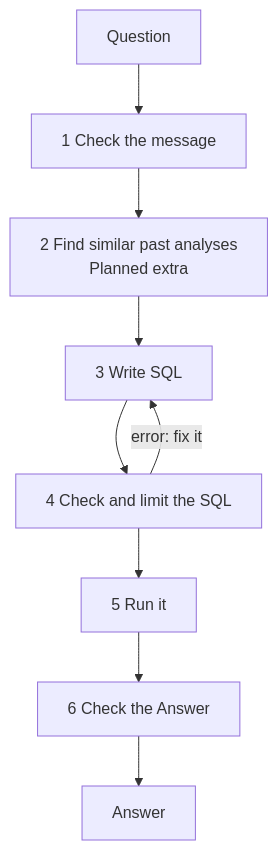
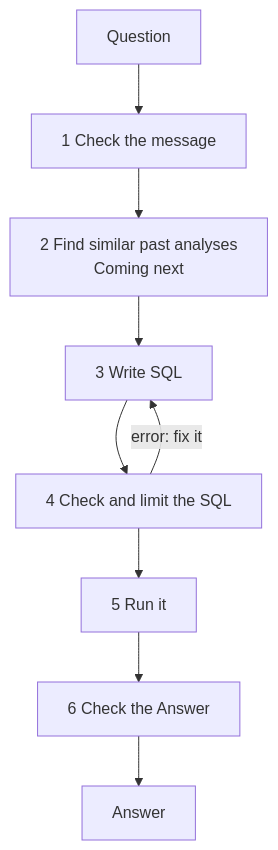
One commit to modvala/data-chat-assistant changed the fourth of 5 diagrams in docs/site/how-it-works.md. Above: the diagram before and after it, drawn with Mermaid. The commit also changed other lines of this file and 8 other files, not shown here.

````diff
--- a/docs/site/how-it-works.md
+++ b/docs/site/how-it-works.md
@@ -72,11 +72,11 @@
 ```mermaid
 flowchart TB
     Q[Question] --> S1["1 Check the message"]
-    S1 --> S2["2 Find similar past analyses<br/>Planned extra"]
+    S1 --> S2["2 Find similar past analyses<br/>Coming next"]
     S2 --> S3["3 Write SQL"]
     S3 --> S4["4 Check and limit the SQL"]
     S4 -->|"error: fix it"| S3
     S4 --> S5["5 Run it"]
     S5 --> S6["6 Check the Answer"]
     S6 --> A[Answer]
 ```
````
